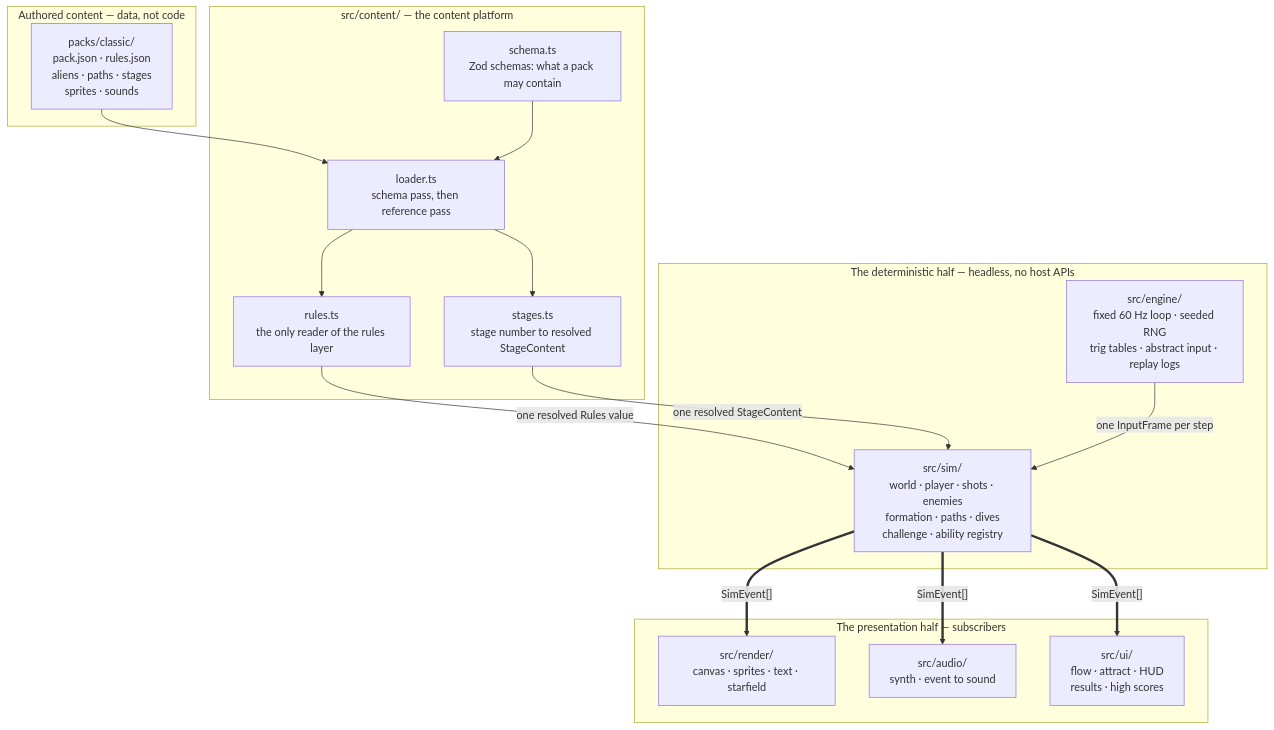
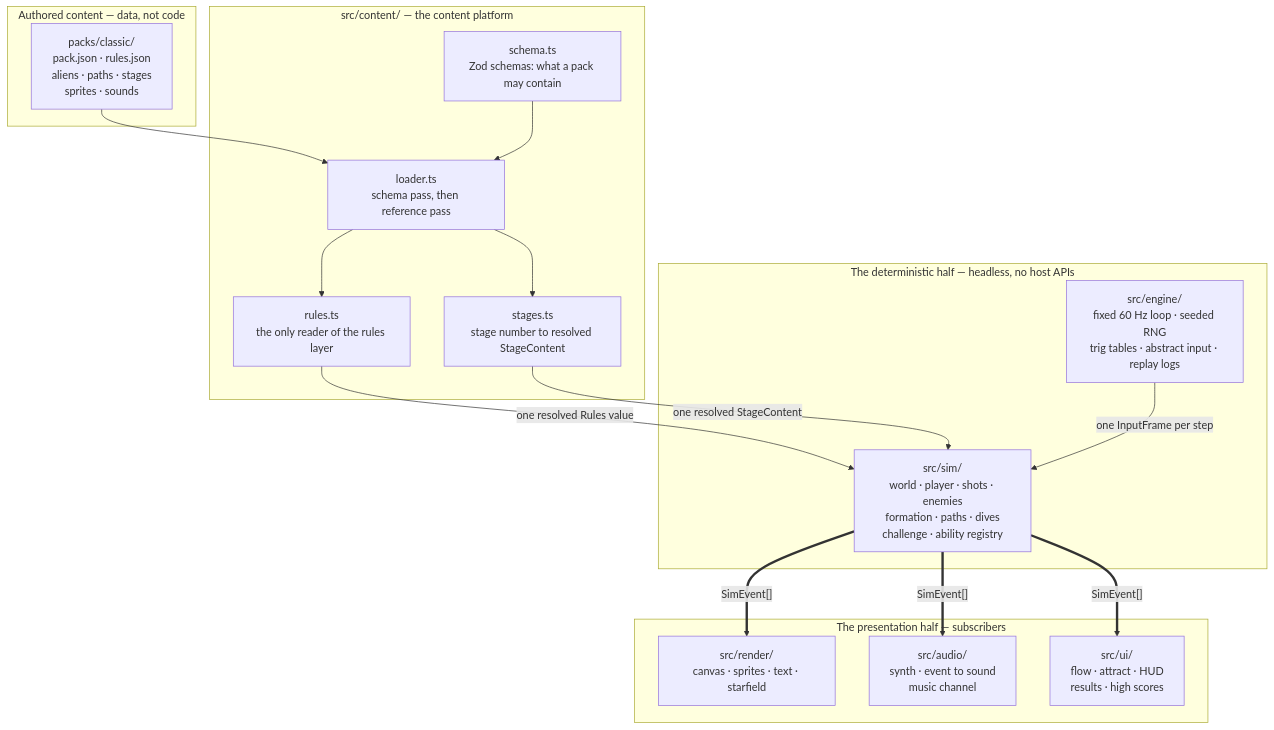
One commit to sgwoods/star-swarm changed the first of 3 diagrams in docs/ARCHITECTURE.md. Above: the diagram before and after it, drawn with Mermaid. The commit also changed other lines of this file and 24 other files, not shown here.

First line of the commit message:
feat: the music channel and the Classic jingles, as pack data — one tune at a time, in wall time

````diff
--- a/docs/ARCHITECTURE.md
+++ b/docs/ARCHITECTURE.md
@@ -481,35 +481,35 @@
 ```mermaid
 flowchart TB
     subgraph authored["Authored content — data, not code"]
         pack["packs/classic/<br/>pack.json · rules.json<br/>aliens · paths · stages<br/>sprites · sounds"]
     end
 
     subgraph platform["src/content/ — the content platform"]
         schema["schema.ts<br/>Zod schemas: what a pack may contain"]
         loader["loader.ts<br/>schema pass, then reference pass"]
         rules["rules.ts<br/>the only reader of the rules layer"]
         stages["stages.ts<br/>stage number to resolved StageContent"]
     end
 
     subgraph deterministic["The deterministic half — headless, no host APIs"]
         engine["src/engine/<br/>fixed 60 Hz loop · seeded RNG<br/>trig tables · abstract input · replay logs"]
         sim["src/sim/<br/>world · player · shots · enemies<br/>formation · paths · dives<br/>challenge · ability registry"]
     end
 
     subgraph presentation["The presentation half — subscribers"]
         render["src/render/<br/>canvas · sprites · text · starfield"]
-        audio["src/audio/<br/>synth · event to sound"]
+        audio["src/audio/<br/>synth · event to sound<br/>music channel"]
         ui["src/ui/<br/>flow · attract · HUD<br/>results · high scores"]
     end
 
     pack --> loader
     schema --> loader
     loader --> rules
     loader --> stages
     rules -- "one resolved Rules value" --> sim
     stages -- "one resolved StageContent" --> sim
     engine -- "one InputFrame per step" --> sim
     sim == "SimEvent[]" ==> render
     sim == "SimEvent[]" ==> audio
     sim == "SimEvent[]" ==> ui
 ```
````
